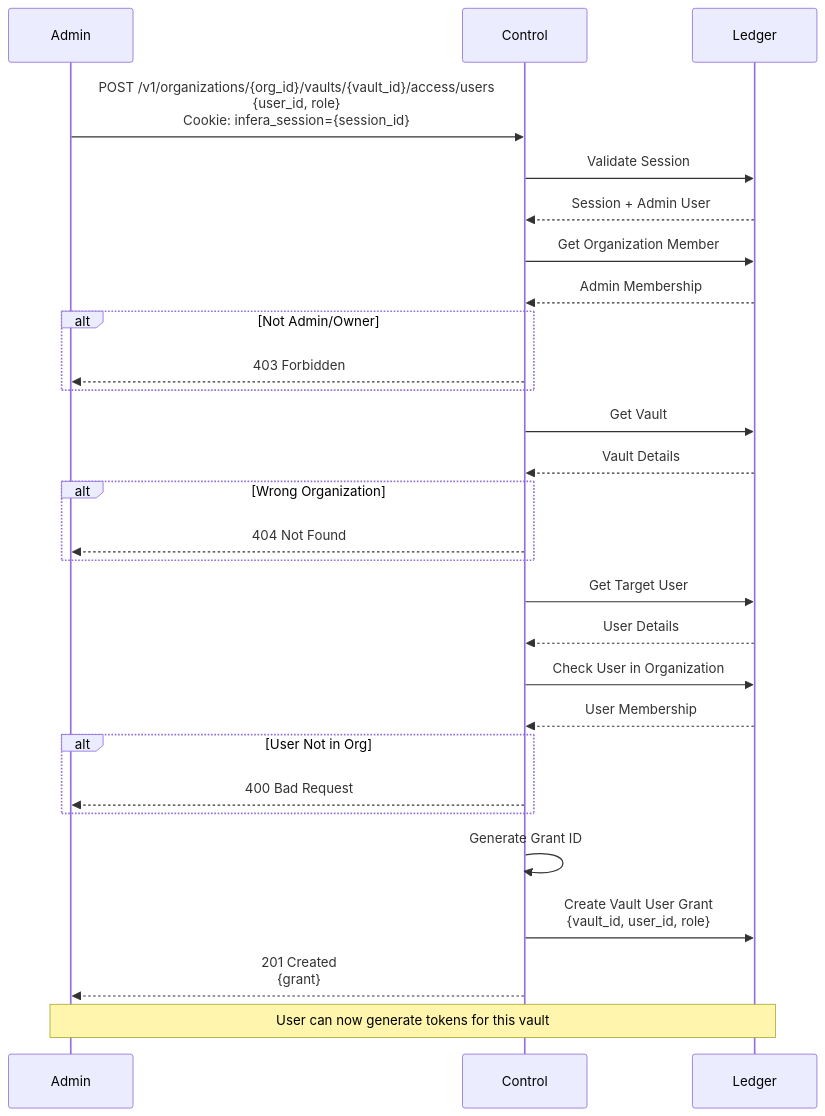
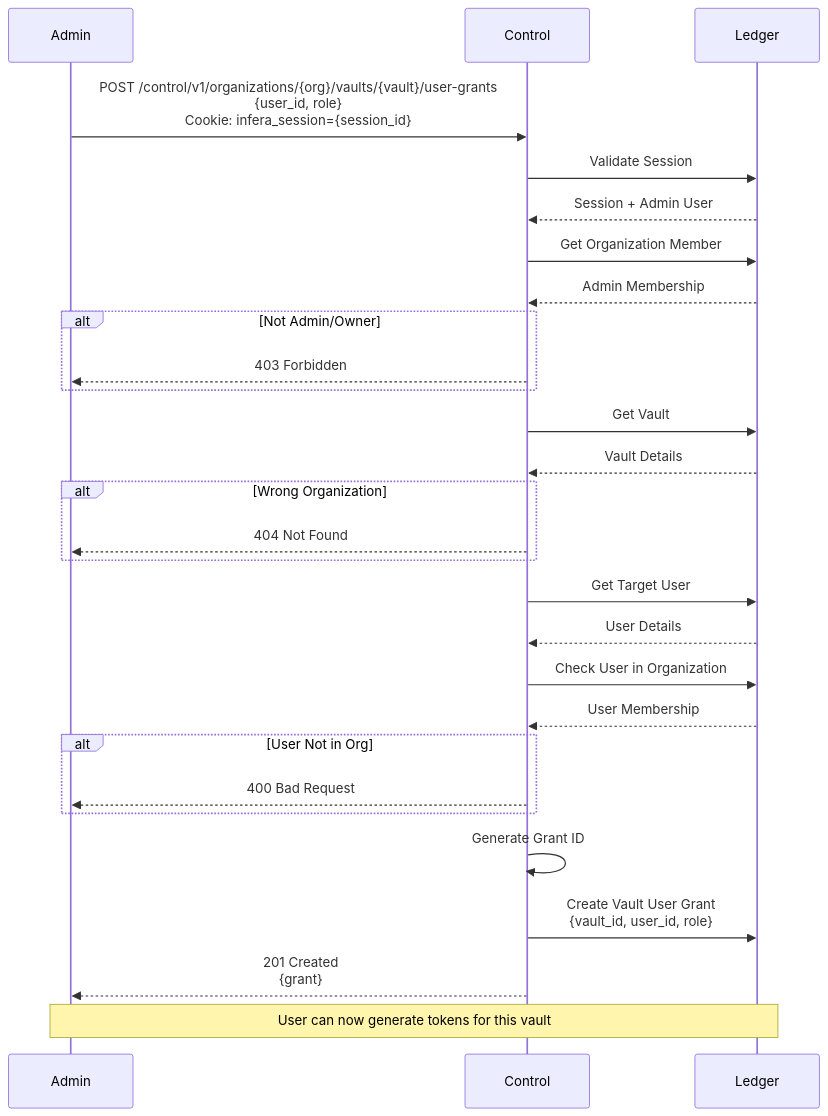
The fifth of 14 diagrams in docs/flows.md (inferadb/control), drawn with Mermaid before and after one commit. The commit also changed other lines of this file and 49 other files, not shown here.

````diff
--- a/docs/flows.md
+++ b/docs/flows.md
@@ -174,42 +174,42 @@
 ```mermaid
 sequenceDiagram
     participant Admin
     participant API as Control
     participant DB as Ledger
 
-    Admin->>API: POST /v1/organizations/{org_id}/vaults/{vault_id}/access/users<br/>{user_id, role}<br/>Cookie: infera_session={session_id}
+    Admin->>API: POST /control/v1/organizations/{org}/vaults/{vault}/user-grants<br/>{user_id, role}<br/>Cookie: infera_session={session_id}
 
     API->>DB: Validate Session
     DB-->>API: Session + Admin User
 
     API->>DB: Get Organization Member
     DB-->>API: Admin Membership
 
     alt Not Admin/Owner
         API-->>Admin: 403 Forbidden
     end
 
     API->>DB: Get Vault
     DB-->>API: Vault Details
 
     alt Wrong Organization
         API-->>Admin: 404 Not Found
     end
 
     API->>DB: Get Target User
     DB-->>API: User Details
 
     API->>DB: Check User in Organization
     DB-->>API: User Membership
 
     alt User Not in Org
         API-->>Admin: 400 Bad Request
     end
 
     API->>API: Generate Grant ID
     API->>DB: Create Vault User Grant<br/>{vault_id, user_id, role}
 
     API-->>Admin: 201 Created<br/>{grant}
 
     Note over Admin,DB: User can now generate tokens for this vault
 ```
````
